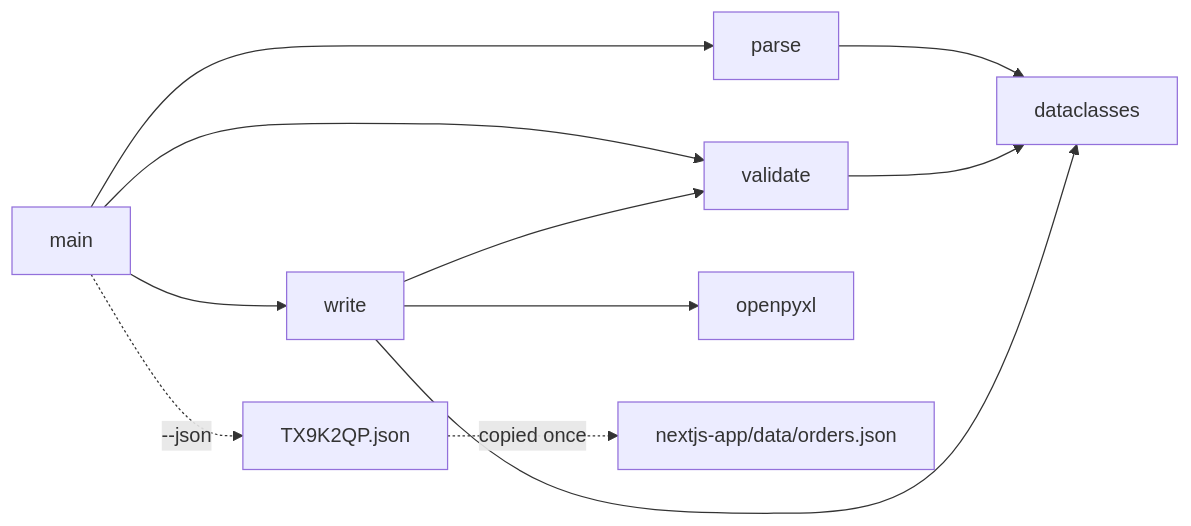
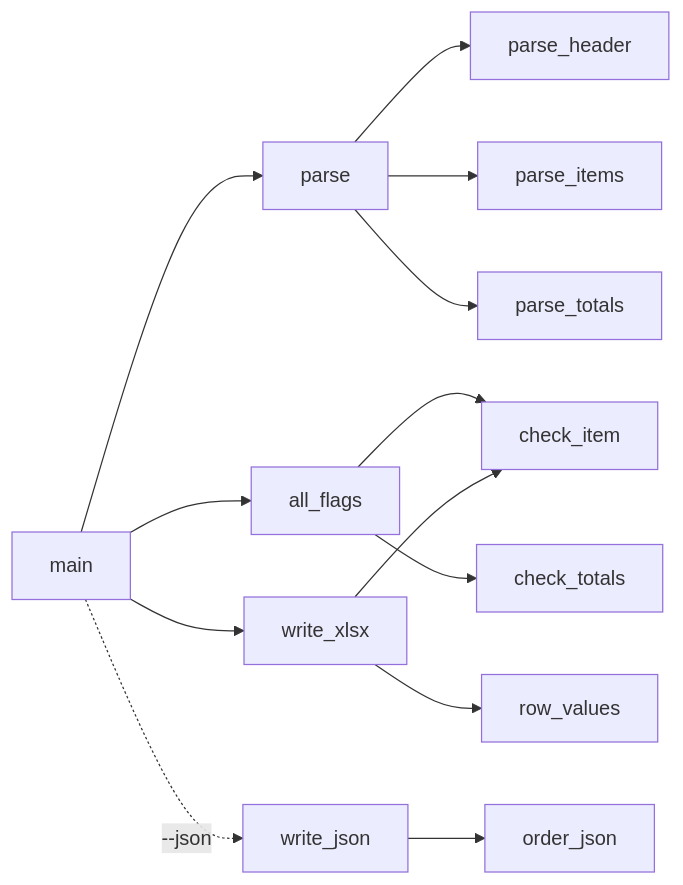
One commit to TRUPALIX9/bhf-take-home changed the ninth of 10 diagrams in docs/DESIGN.md. Above: the diagram before and after it, drawn with Mermaid. The commit also changed other lines of this file, not shown here.

Commit message:
DESIGN.md: system overview, PO lifecycle, request/action/tab/error flows

````diff
--- a/docs/DESIGN.md
+++ b/docs/DESIGN.md
@@ -59,13 +195,15 @@
 ```mermaid
-graph LR
+flowchart LR
   main --> parse
-  main --> validate
-  main --> write
-  parse --> model[dataclasses]
-  validate --> model
-  write --> model
-  write --> validate
-  write --> openpyxl
-  main -. "--json" .-> json[TX9K2QP.json]
-  json -. copied once .-> seed[nextjs-app/data/orders.json]
+  main --> all_flags
+  main --> write_xlsx
+  main -. "--json" .-> write_json
+  parse --> parse_header
+  parse --> parse_items
+  parse --> parse_totals
+  all_flags --> check_item
+  all_flags --> check_totals
+  write_xlsx --> row_values
+  write_xlsx --> check_item
+  write_json --> order_json
 ```
````
